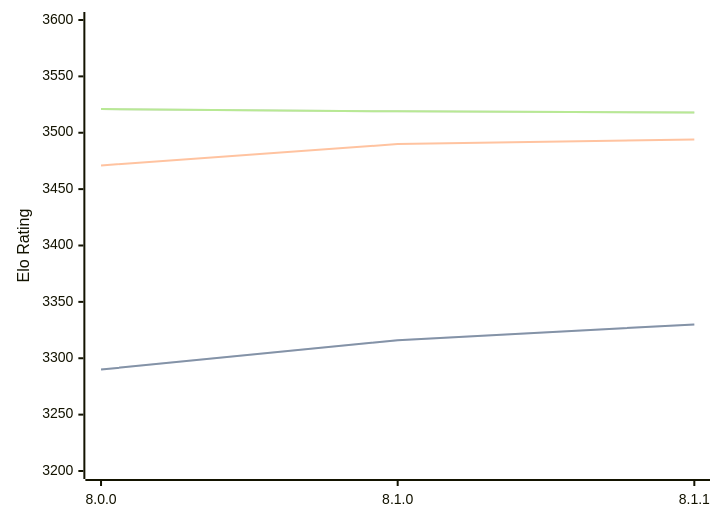
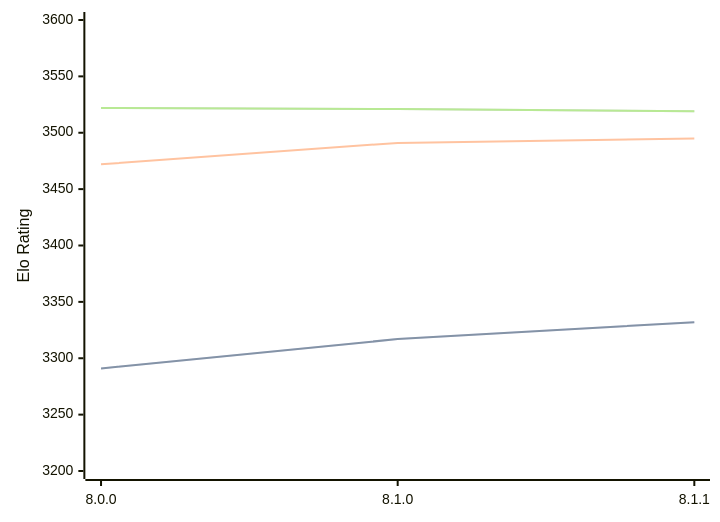
Before and after one commit to computer-chess-index/cci: the diagram in engines/Velvet.md, drawn with Mermaid. The commit also changed other lines of this file, not shown here.

Commit message:
Update CCI Ratings (ELO VLTC) - 2026-05-16

````diff
--- a/engines/Velvet.md
+++ b/engines/Velvet.md
@@ -57,11 +57,11 @@
 ```mermaid
 %%{init: {"theme":"base","themeVariables":{"seriesColors:['#a3a3a3','#222221','#faa371']}}}%%
 xychart-beta
   x-axis ["8.0.0", "8.1.0", "8.1.1"]
   y-axis "Elo Rating" 3200 --> 3600
-  line "STC (8.0+0.08s)" [3290, 3316, 3330]
-  line "STC (8.0+0.08s)" [3290, 3316, 3330]
-  line "LTC (60.0+0.60s)" [3471, 3490, 3494]
-  line "VLTC (2m24s+1.12s)" [3521, 3519, 3518]
-  line "VLTC (2m24s+1.12s)" [3521, 3519, 3518]
+  line "STC (8.0+0.08s)" [3291, 3317, 3332]
+  line "STC (8.0+0.08s)" [3291, 3317, 3332]
+  line "LTC (60.0+0.60s)" [3472, 3491, 3495]
+  line "VLTC (2m24s+1.12s)" [3522, 3521, 3519]
+  line "VLTC (2m24s+1.12s)" [3522, 3521, 3519]
 ```
````
